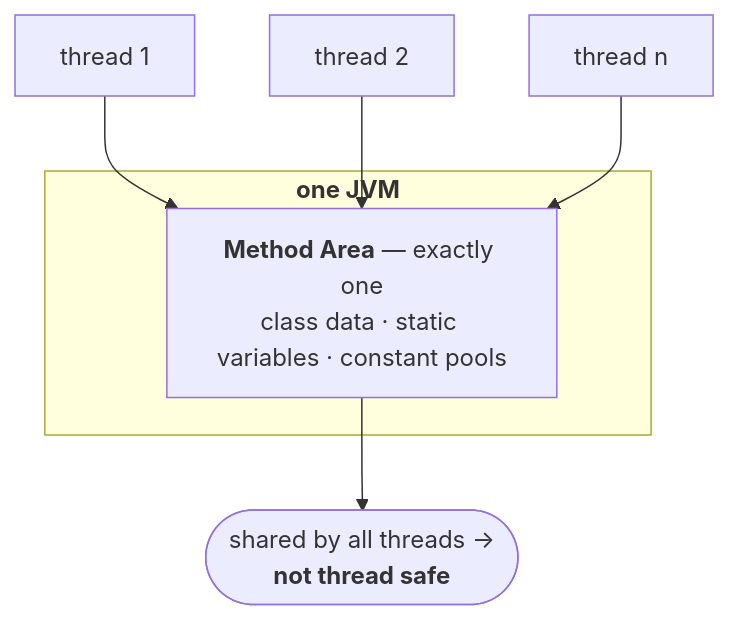
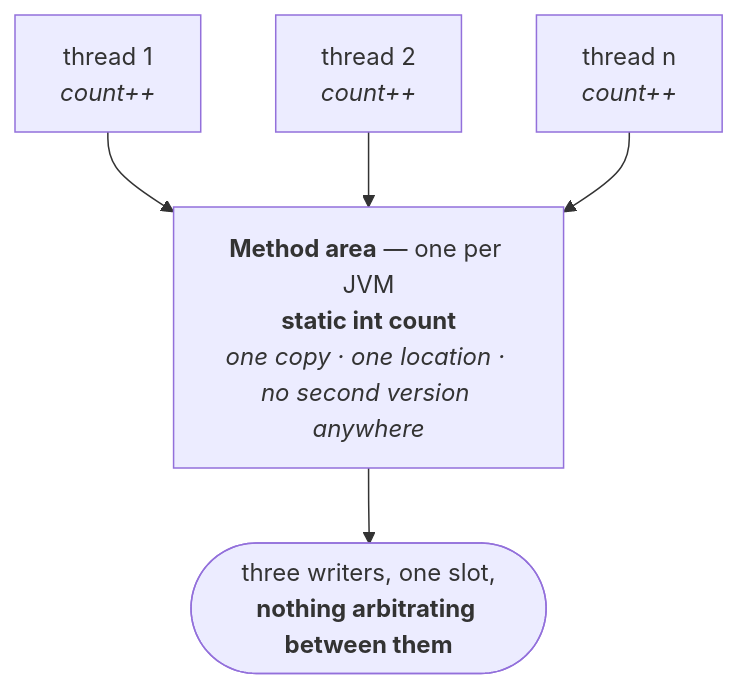
One commit to Dummy-Bug/system-design-handbook changed the second of 6 diagrams in Java/DURGA/JVM-ARCHITECTURE/05-The five memory areas.md. Above: the diagram before and after it, drawn with Mermaid. The commit also changed other lines of this file and 8 other files, not shown here.

````diff
--- a/Java/DURGA/JVM-ARCHITECTURE/05-The five memory areas.md
+++ b/Java/DURGA/JVM-ARCHITECTURE/05-The five memory areas.md
@@ -25,10 +51,8 @@
 ```mermaid
 flowchart TB
-    subgraph JVM["<b>one JVM</b>"]
-        MA["<b>Method Area</b> — exactly one<br/>class data · static variables · constant pools"]
-    end
-    T1["thread 1"] --> MA
-    T2["thread 2"] --> MA
-    T3["thread n"] --> MA
-    MA --> NS(["shared by all threads →<br/><b>not thread safe</b>"])
+    T1["thread 1<br/><i>count++</i>"] --> S
+    T2["thread 2<br/><i>count++</i>"] --> S
+    T3["thread n<br/><i>count++</i>"] --> S
+    S["<b>Method area</b> — one per JVM<br/><b>static int count</b><br/><i>one copy · one location · no second version anywhere</i>"]
+    S --> NS(["three writers, one slot,<br/><b>nothing arbitrating between them</b>"])
 ```
````
